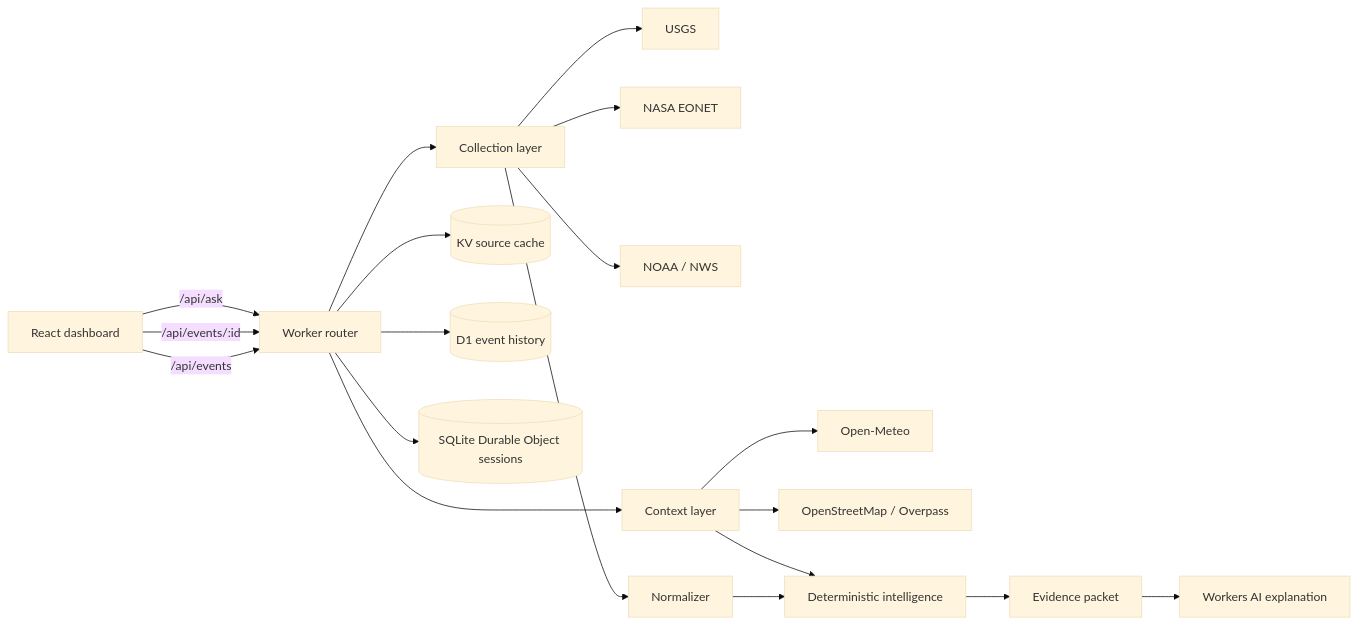
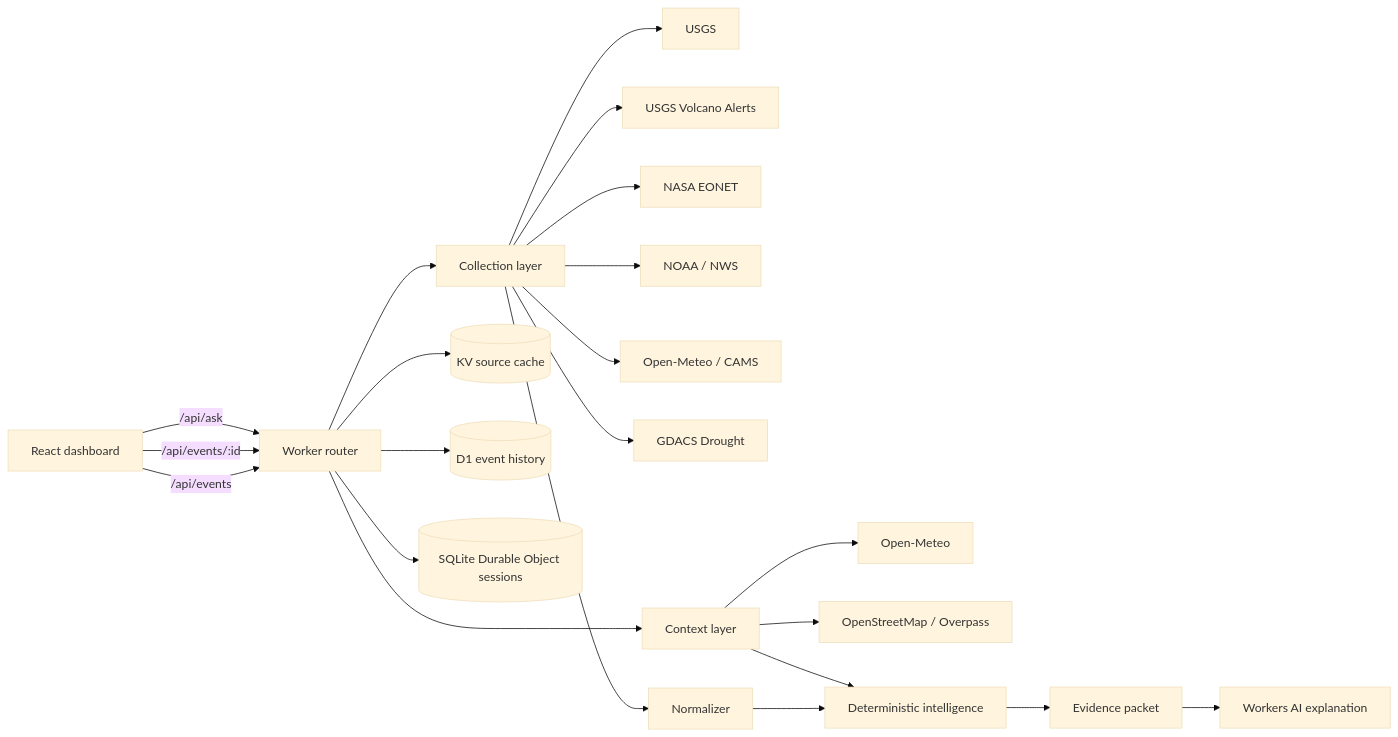
One commit to jose-troche/terra-pulse changed the diagram in docs/architecture.md. Above: the diagram before and after it, drawn with Mermaid (base theme). The commit also changed other lines of this file and 12 other files, not shown here.

````diff
--- a/docs/architecture.md
+++ b/docs/architecture.md
@@ -9,25 +9,28 @@
 ```mermaid
 flowchart LR
   U[React dashboard] -->|/api/events| W[Worker router]
   U -->|/api/events/:id| W
   U -->|/api/ask| W
 
   W --> C[Collection layer]
   C --> USGS[USGS]
+  C --> USGSV[USGS Volcano Alerts]
   C --> EONET[NASA EONET]
   C --> NWS[NOAA / NWS]
+  C --> CAMS[Open-Meteo / CAMS]
+  C --> GDACS[GDACS Drought]
 
   W --> X[Context layer]
   X --> OM[Open-Meteo]
   X --> OSM[OpenStreetMap / Overpass]
 
   C --> N[Normalizer]
   N --> I[Deterministic intelligence]
   X --> I
   I --> E[Evidence packet]
   E --> AI[Workers AI explanation]
 
   W --> KV[(KV source cache)]
   W --> D1[(D1 event history)]
   W --> DO[(SQLite Durable Object sessions)]
 ```
````
